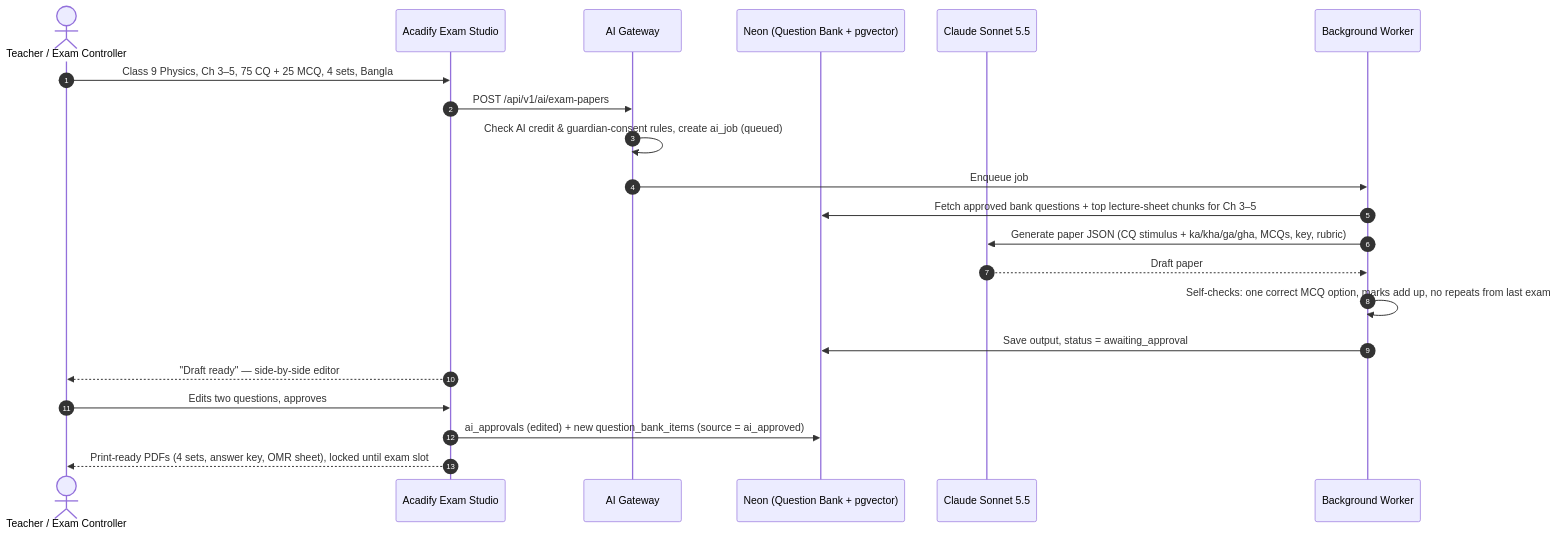
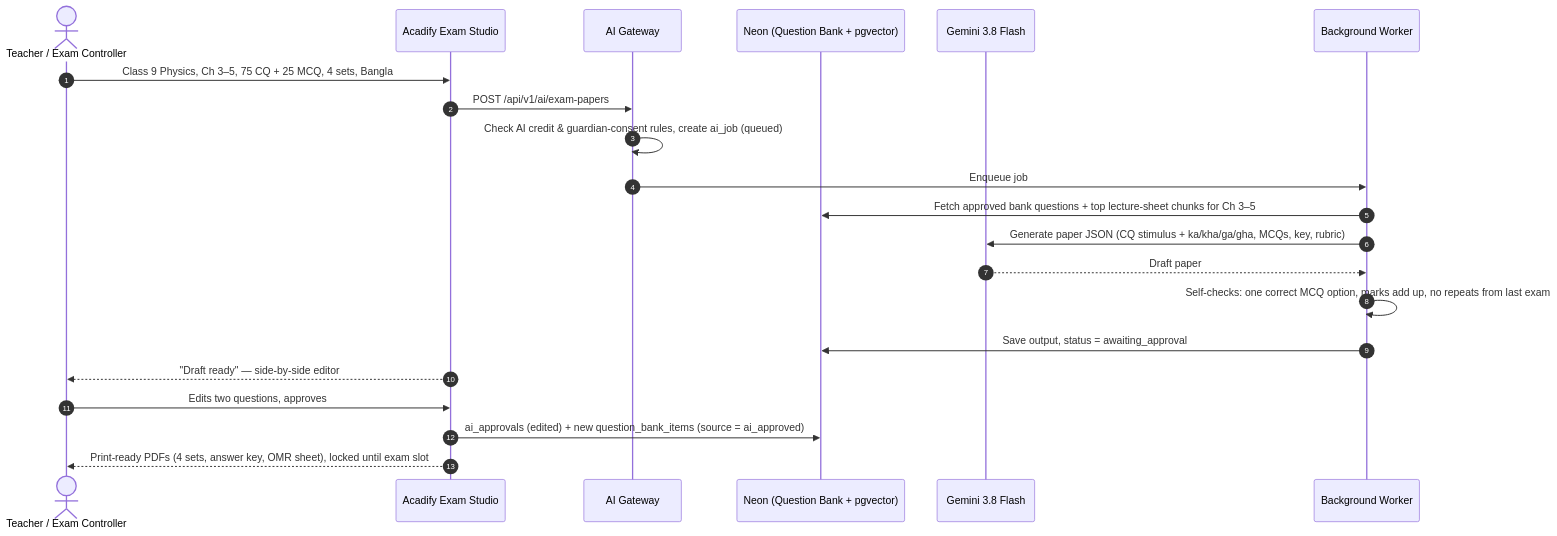
One commit to dev-mosarof66/acadify changed the sixth of 8 diagrams in .docs/acadify_architecture_and_build_plan.md. Above: the diagram before and after it, drawn with Mermaid. The commit also changed other lines of this file, not shown here.

First line of the commit message:
Docs: switch the AI plan to Gemini and record AI progress (on hold)

````diff
--- a/.docs/acadify_architecture_and_build_plan.md
+++ b/.docs/acadify_architecture_and_build_plan.md
@@ -765,24 +769,24 @@
 ```mermaid
 sequenceDiagram
     autonumber
     actor Teacher as Teacher / Exam Controller
     participant UI as Acadify Exam Studio
     participant GW as AI Gateway
     participant DB as Neon (Question Bank + pgvector)
-    participant LLM as Claude Sonnet 5.5
+    participant LLM as Gemini 3.8 Flash
     participant Worker as Background Worker
 
     Teacher->>UI: Class 9 Physics, Ch 3–5, 75 CQ + 25 MCQ, 4 sets, Bangla
     UI->>GW: POST /api/v1/ai/exam-papers
     GW->>GW: Check AI credit & guardian-consent rules, create ai_job (queued)
     GW->>Worker: Enqueue job
     Worker->>DB: Fetch approved bank questions + top lecture-sheet chunks for Ch 3–5
     Worker->>LLM: Generate paper JSON (CQ stimulus + ka/kha/ga/gha, MCQs, key, rubric)
     LLM-->>Worker: Draft paper
     Worker->>Worker: Self-checks: one correct MCQ option, marks add up, no repeats from last exam
     Worker->>DB: Save output, status = awaiting_approval
     UI-->>Teacher: "Draft ready" — side-by-side editor
     Teacher->>UI: Edits two questions, approves
     UI->>DB: ai_approvals (edited) + new question_bank_items (source = ai_approved)
     UI-->>Teacher: Print-ready PDFs (4 sets, answer key, OMR sheet), locked until exam slot
 ```
````
